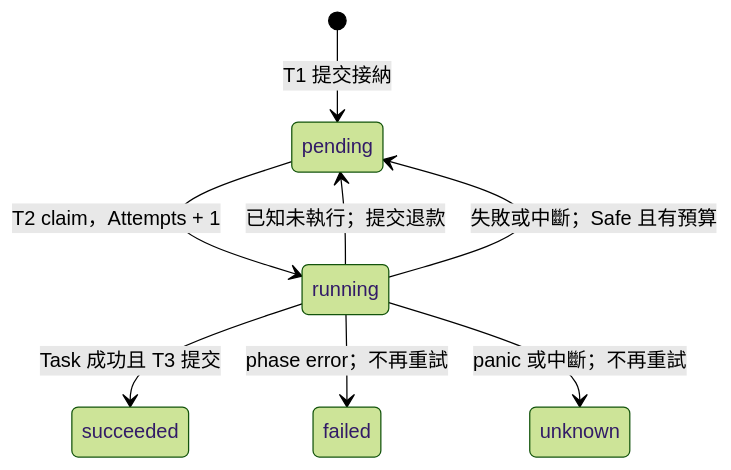
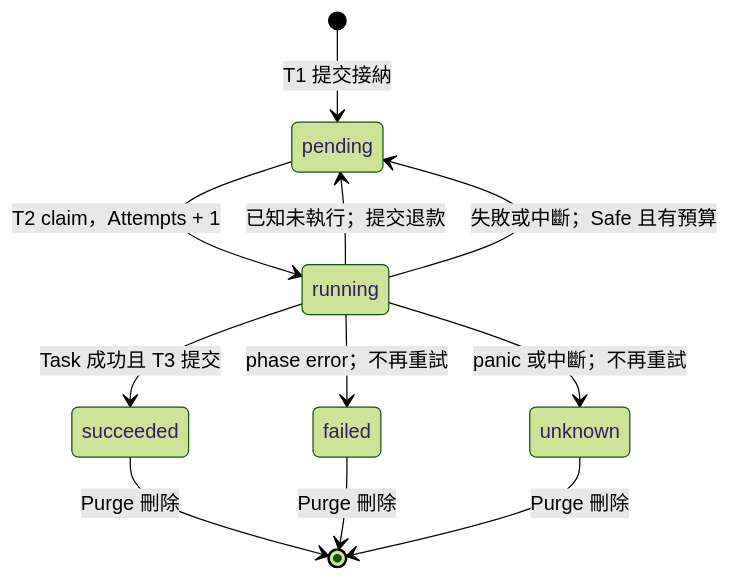
Before and after one commit to Yui-Qi-Tang/go-worker: the third of 3 diagrams in docs/durable-storage-design.md, drawn with Mermaid (forest theme). The commit also changed other lines of this file, not shown here.

First line of the commit message:
docs: cover schema v2, Purge, and WithDispatchRetry in durable design

````diff
--- a/docs/durable-storage-design.md
+++ b/docs/durable-storage-design.md
@@ -205,10 +230,13 @@
 ```mermaid
 stateDiagram-v2
     [*] --> pending: T1 提交接納
     pending --> running: T2 claim，Attempts + 1
     running --> pending: 已知未執行；提交退款
     running --> succeeded: Task 成功且 T3 提交
     running --> pending: 失敗或中斷；Safe 且有預算
     running --> failed: phase error；不再重試
     running --> unknown: panic 或中斷；不再重試
+    succeeded --> [*]: Purge 刪除
+    failed --> [*]: Purge 刪除
+    unknown --> [*]: Purge 刪除
 ```
````
